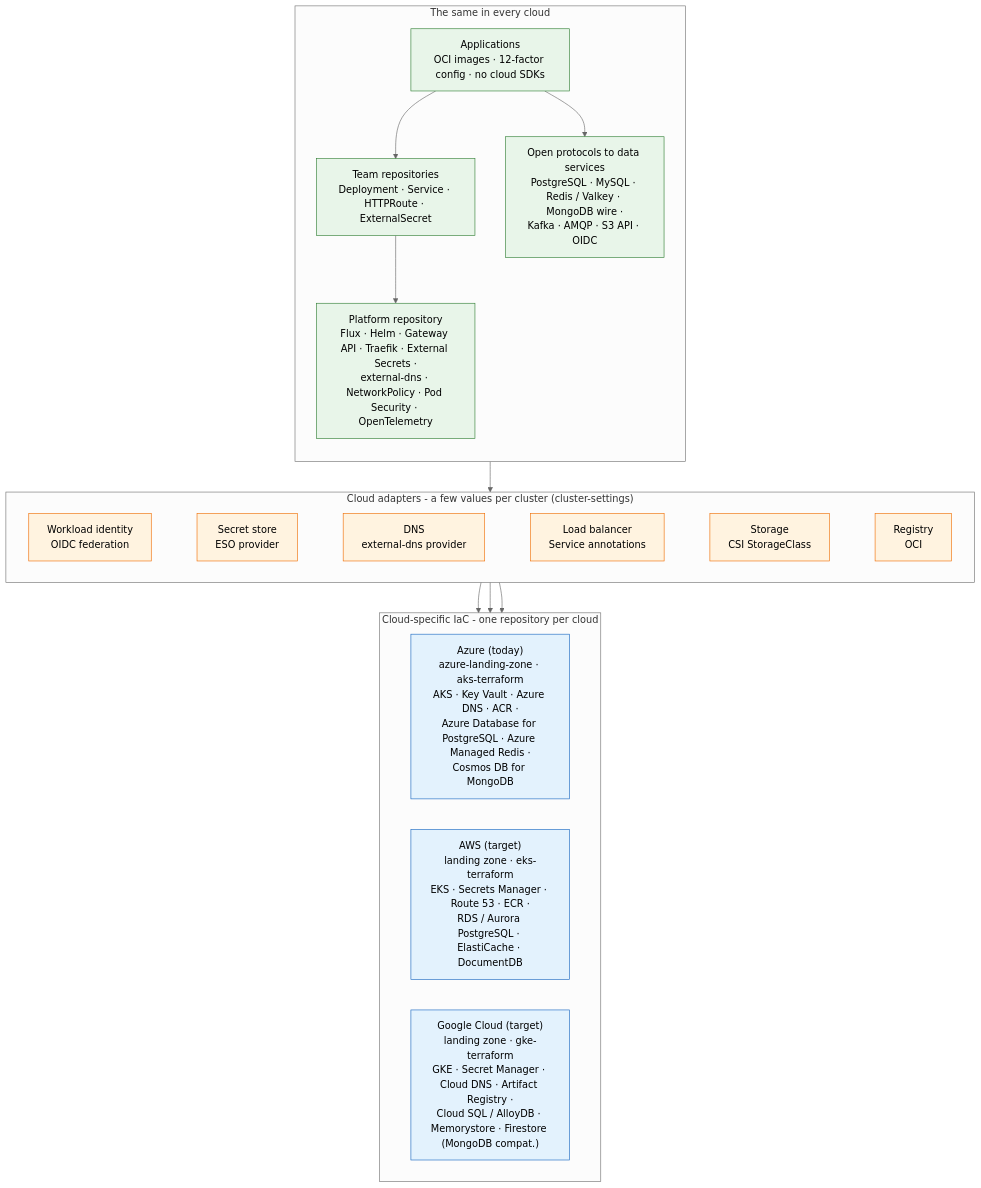
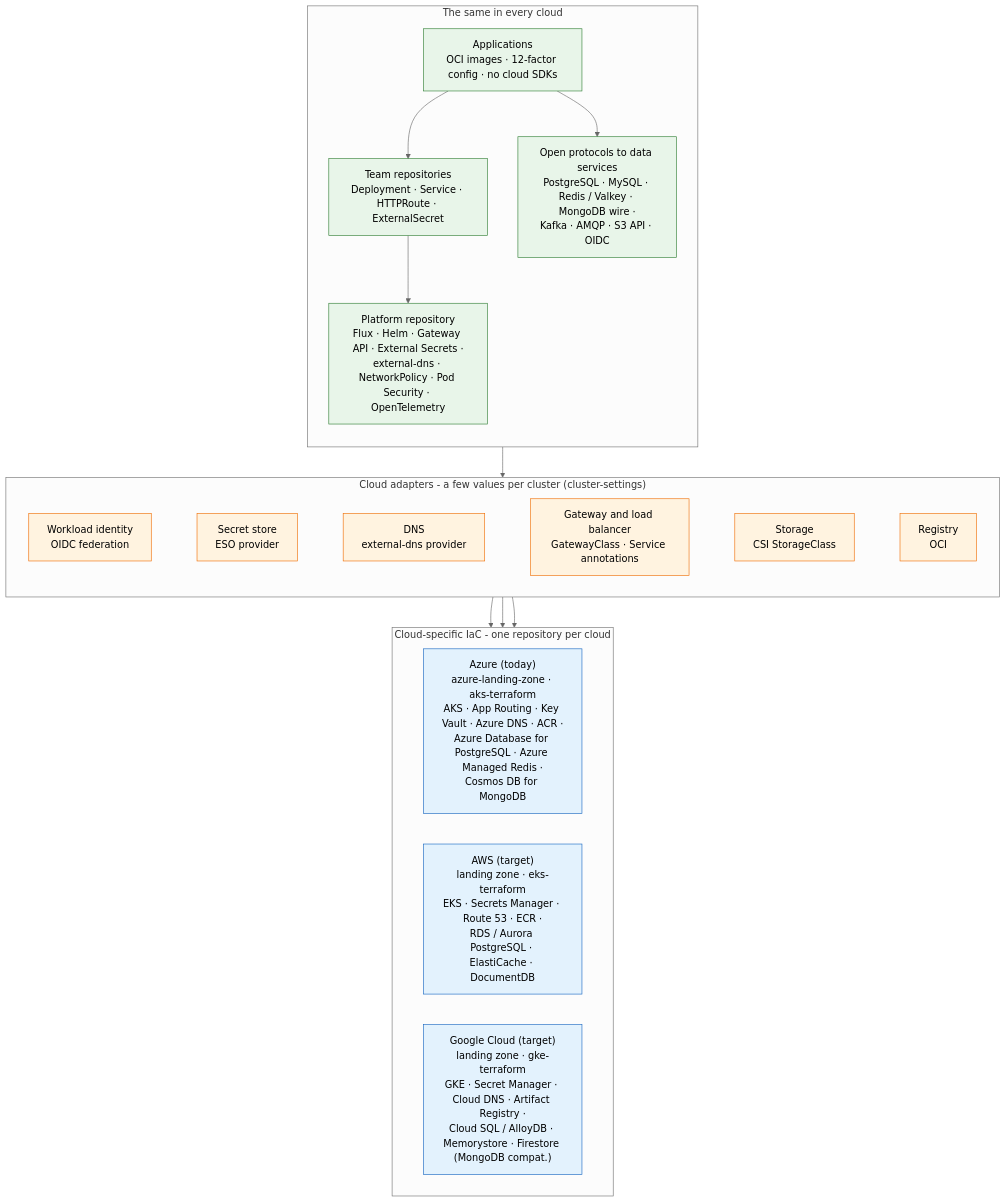
One commit to onek8s/onek8s.github.io changed the diagram in diagrams/21-portability.mmd. Above: the diagram before and after it, drawn with Mermaid (neutral theme). The commit also changed 37 other files, not shown here.

First line of the commit message:
App Routing's Gateway API (approuting-istio) instead of Traefik (#25)

```diff
--- a/diagrams/21-portability.mmd
+++ b/diagrams/21-portability.mmd
@@ -1,43 +1,43 @@
 %% OneK8s: one platform, every cloud. Everything above the line is the same in every cloud - applications, their
 %% manifests, the platform's Flux configuration and the open protocols they speak. Only the thin adapter layer and the
 %% cloud-specific IaC repository change when a cloud is added.
 flowchart TB
     subgraph PORT["The same in every cloud"]
         direction TB
         app["Applications<br/>OCI images · 12-factor config · no cloud SDKs"]
         team["Team repositories<br/>Deployment · Service · HTTPRoute · ExternalSecret"]
-        plat["Platform repository<br/>Flux · Helm · Gateway API · Traefik · External Secrets ·<br/>external-dns · NetworkPolicy · Pod Security · OpenTelemetry"]
+        plat["Platform repository<br/>Flux · Helm · Gateway API · External Secrets ·<br/>external-dns · NetworkPolicy · Pod Security · OpenTelemetry"]
         proto["Open protocols to data services<br/>PostgreSQL · MySQL · Redis / Valkey · MongoDB wire ·<br/>Kafka · AMQP · S3 API · OIDC"]
     end
 
     subgraph ADAPT["Cloud adapters - a few values per cluster (cluster-settings)"]
         direction LR
         a_id["Workload identity<br/>OIDC federation"]
         a_sec["Secret store<br/>ESO provider"]
         a_dns["DNS<br/>external-dns provider"]
-        a_lb["Load balancer<br/>Service annotations"]
+        a_lb["Gateway and load balancer<br/>GatewayClass · Service annotations"]
         a_disk["Storage<br/>CSI StorageClass"]
         a_reg["Registry<br/>OCI"]
         a_id ~~~ a_sec ~~~ a_dns ~~~ a_lb ~~~ a_disk ~~~ a_reg
     end
 
     subgraph CLOUDS["Cloud-specific IaC - one repository per cloud"]
         direction LR
-        az["Azure (today)<br/>azure-landing-zone · aks-terraform<br/>AKS · Key Vault · Azure DNS · ACR ·<br/>Azure Database for PostgreSQL · Azure Managed Redis ·<br/>Cosmos DB for MongoDB"]
+        az["Azure (today)<br/>azure-landing-zone · aks-terraform<br/>AKS · App Routing · Key Vault · Azure DNS · ACR ·<br/>Azure Database for PostgreSQL · Azure Managed Redis ·<br/>Cosmos DB for MongoDB"]
         aws["AWS (target)<br/>landing zone · eks-terraform<br/>EKS · Secrets Manager · Route 53 · ECR ·<br/>RDS / Aurora PostgreSQL · ElastiCache · DocumentDB"]
         gcp["Google Cloud (target)<br/>landing zone · gke-terraform<br/>GKE · Secret Manager · Cloud DNS · Artifact Registry ·<br/>Cloud SQL / AlloyDB · Memorystore · Firestore (MongoDB compat.)"]
     end
 
     app --> team --> plat
     app --> proto
     plat --> ADAPT
     ADAPT --> az
     ADAPT --> aws
     ADAPT --> gcp
 
     classDef port fill:#e8f5e9,stroke:#2e7d32,color:#000
     classDef adapt fill:#fff3e0,stroke:#ef6c00,color:#000
     classDef cloud fill:#e3f2fd,stroke:#1565c0,color:#000
     class app,team,plat,proto port
     class a_id,a_sec,a_dns,a_lb,a_disk,a_reg adapt
     class az,aws,gcp cloud
```
